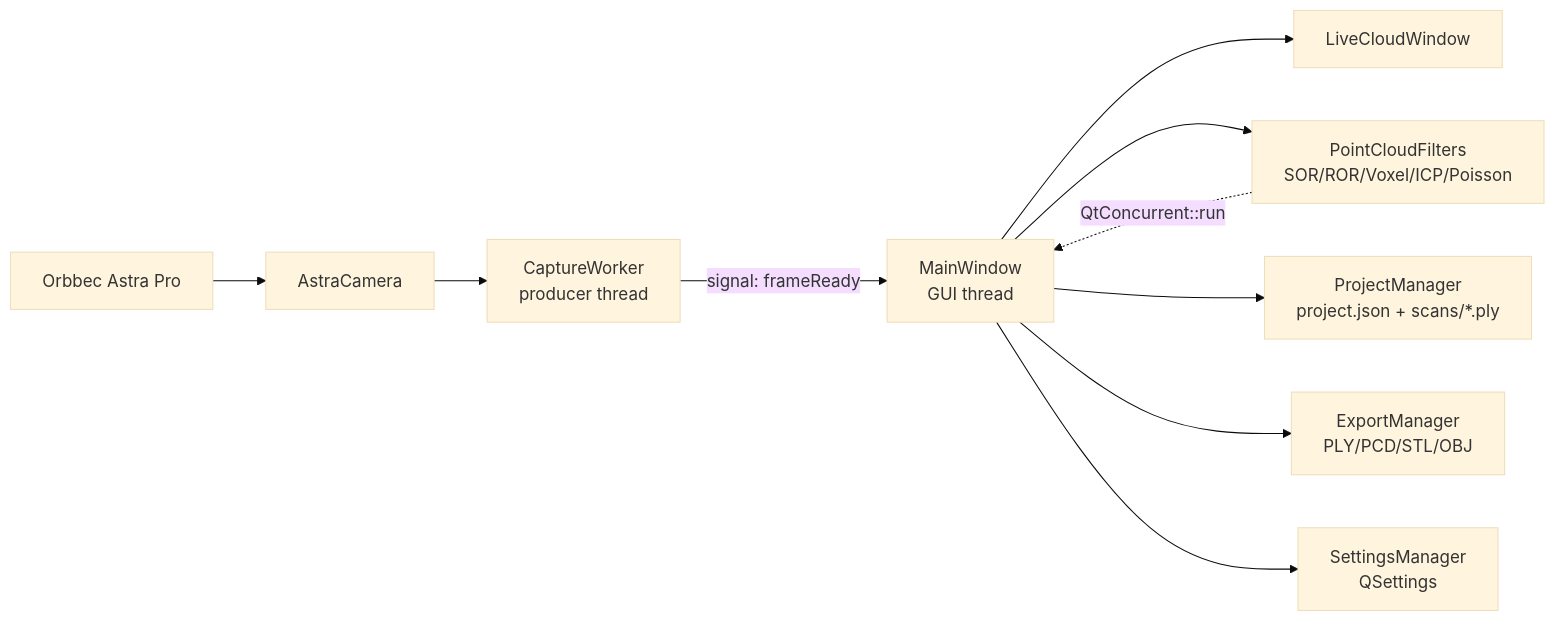
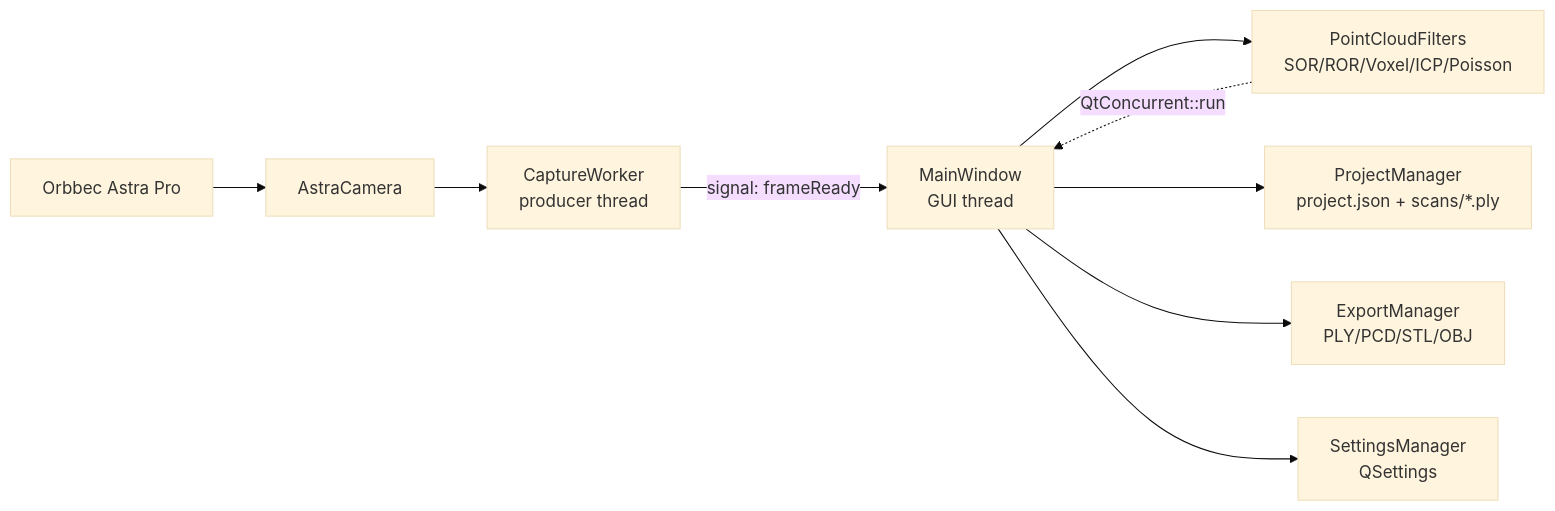
One commit to Klischa/AstraScanner changed the diagram in README.md. Above: the diagram before and after it, drawn with Mermaid (base theme). The commit also changed other lines of this file and 5 other files, not shown here.

Commit message:
Remove Live Cloud Viewer functionality

````diff
--- a/README.md
+++ b/README.md
@@ -120,12 +119,11 @@
 ```mermaid
 graph LR
     Astra[Orbbec Astra Pro] --> AC[AstraCamera]
     AC --> CW[CaptureWorker<br/>producer thread]
     CW -->|signal: frameReady| MW[MainWindow<br/>GUI thread]
-    MW --> LCW[LiveCloudWindow]
     MW --> PCF[PointCloudFilters<br/>SOR/ROR/Voxel/ICP/Poisson]
     MW --> PM[ProjectManager<br/>project.json + scans/*.ply]
     MW --> EM[ExportManager<br/>PLY/PCD/STL/OBJ]
     MW --> SM[SettingsManager<br/>QSettings]
     PCF -.QtConcurrent::run.-> MW
 ```
````
